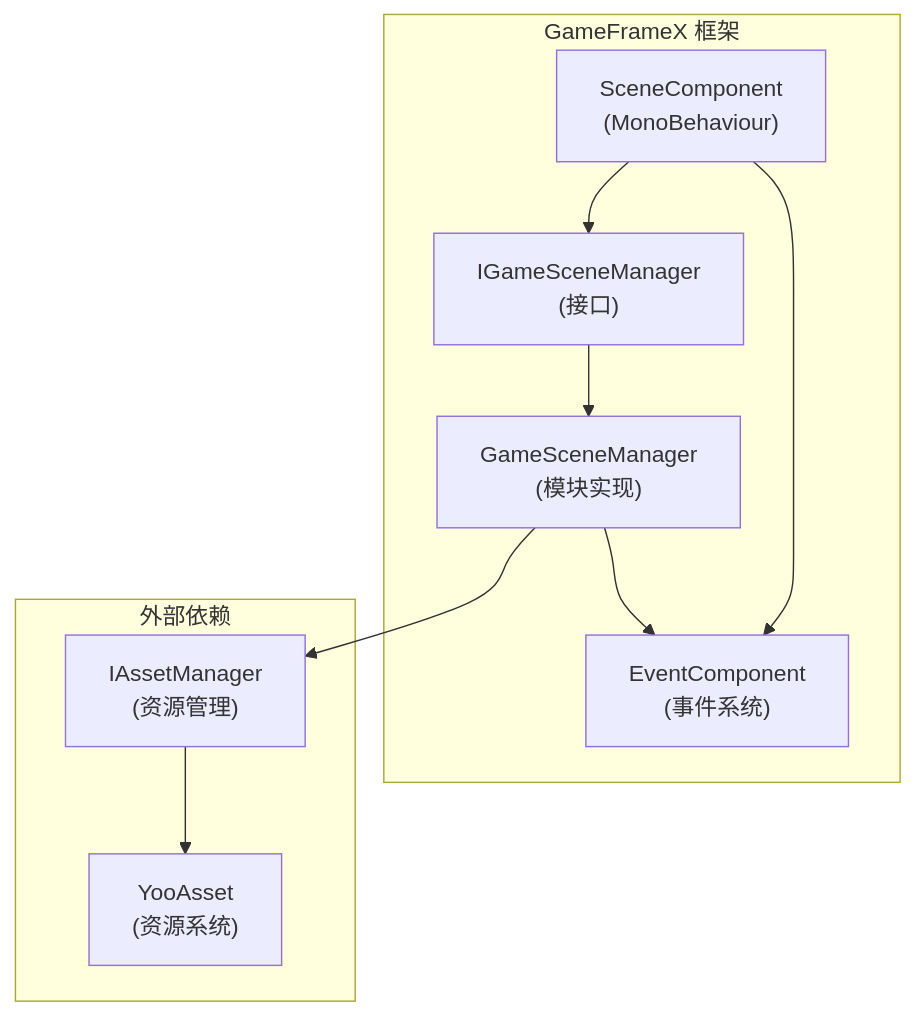
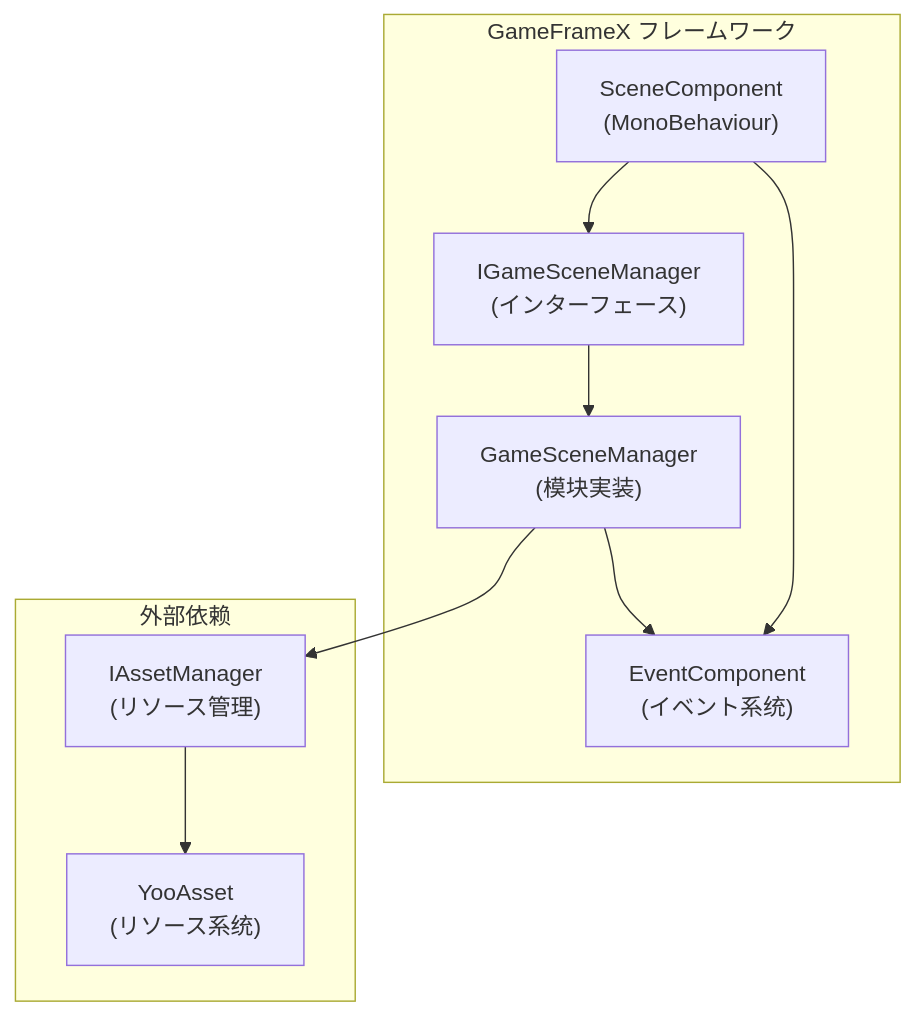
Before and after one commit to AlianBlank/GameFrameX.Docs: the first of 5 diagrams in docs/ja/client/unity/component/scene/04.features.md, drawn with Mermaid. The commit also changed other lines of this file and 603 other files, not shown here.

````diff
--- a/docs/ja/client/unity/component/scene/04.features.md
+++ b/docs/ja/client/unity/component/scene/04.features.md
@@ -19,21 +19,21 @@
 ```mermaid
 flowchart TD
-    subgraph GameFrameX["GameFrameX 框架"]
+    subgraph GameFrameX["GameFrameX フレームワーク"]
         SceneComponent["SceneComponent<br/>(MonoBehaviour)"]
-        IGameSceneManager["IGameSceneManager<br/>(接口)"]
-        GameSceneManager["GameSceneManager<br/>(模块实现)"]
-        EventComponent["EventComponent<br/>(事件系统)"]
+        IGameSceneManager["IGameSceneManager<br/>(インターフェース)"]
+        GameSceneManager["GameSceneManager<br/>(模块実装)"]
+        EventComponent["EventComponent<br/>(イベント系统)"]
     end
 
     subgraph External["外部依赖"]
-        IAssetManager["IAssetManager<br/>(资源管理)"]
-        YooAsset["YooAsset<br/>(资源系统)"]
+        IAssetManager["IAssetManager<br/>(リソース管理)"]
+        YooAsset["YooAsset<br/>(リソース系统)"]
     end
 
     SceneComponent --> IGameSceneManager
     IGameSceneManager --> GameSceneManager
     GameSceneManager --> IAssetManager
     IAssetManager --> YooAsset
     GameSceneManager --> EventComponent
     SceneComponent --> EventComponent
 ```
````
